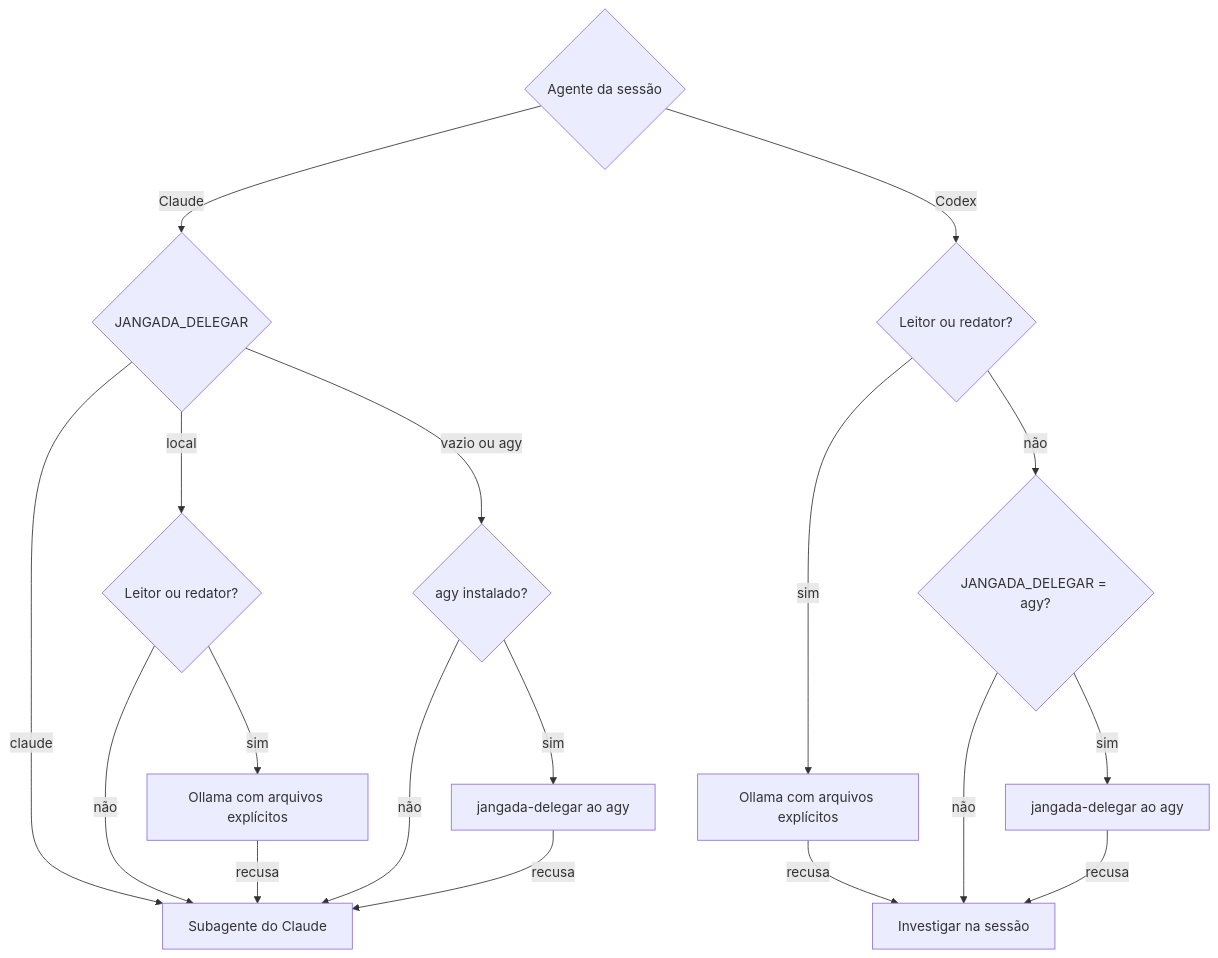
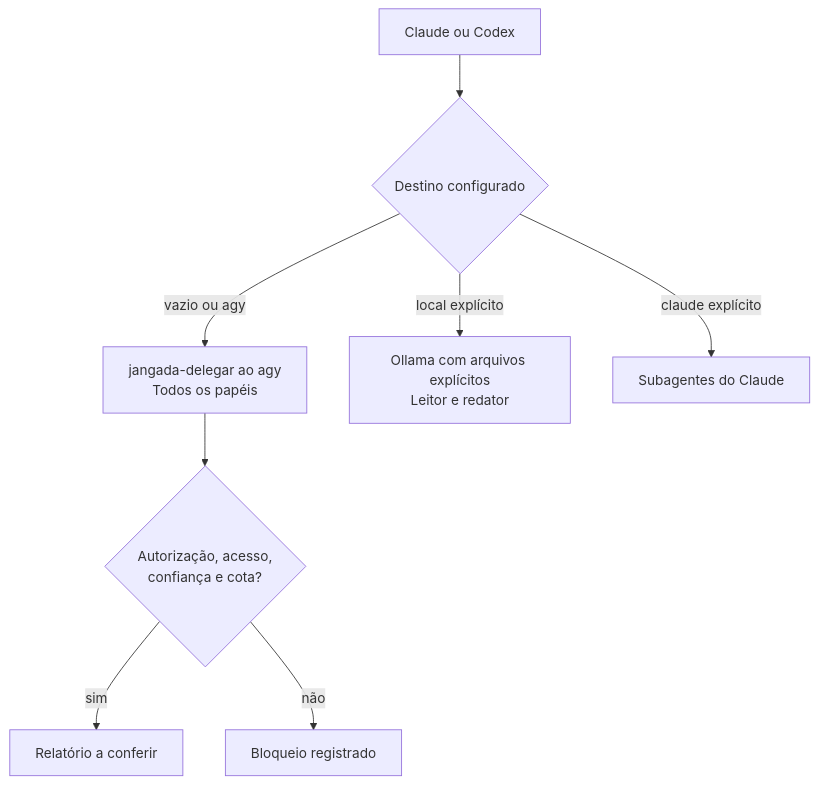
Before and after one commit to felipintoslv/jangada: the second of 4 diagrams in docs/subagentes-e-delegacao.md, drawn with Mermaid. The commit also changed other lines of this file and 8 other files, not shown here.

````diff
--- a/docs/subagentes-e-delegacao.md
+++ b/docs/subagentes-e-delegacao.md
@@ -75,20 +75,10 @@
 ```mermaid
 flowchart TD
-    A{Agente da sessão} -- Claude --> C{JANGADA_DELEGAR}
-    C -- claude --> CL[Subagente do Claude]
-    C -- local --> L{Leitor ou redator?}
-    L -- sim --> OL[Ollama com arquivos explícitos]
-    L -- não --> CL
-    OL -- recusa --> CL
-    C -- vazio ou agy --> G{agy instalado?}
-    G -- não --> CL
-    G -- sim --> AG[jangada-delegar ao agy]
-    AG -- recusa --> CL
-    A -- Codex --> X{Leitor ou redator?}
-    X -- sim --> XL[Ollama com arquivos explícitos]
-    XL -- recusa --> S[Investigar na sessão]
-    X -- não --> D{JANGADA_DELEGAR = agy?}
-    D -- não --> S
-    D -- sim --> XA[jangada-delegar ao agy]
-    XA -- recusa --> S
+    A[Claude ou Codex] --> C{Destino configurado}
+    C -- vazio ou agy --> AG[jangada-delegar ao agy<br>Todos os papéis]
+    AG --> P{Autorização, acesso,<br>confiança e cota?}
+    P -- sim --> R[Relatório a conferir]
+    P -- não --> B[Bloqueio registrado]
+    C -- local explícito --> OL[Ollama com arquivos explícitos<br>Leitor e redator]
+    C -- claude explícito --> CL[Subagentes do Claude]
 ```
````
